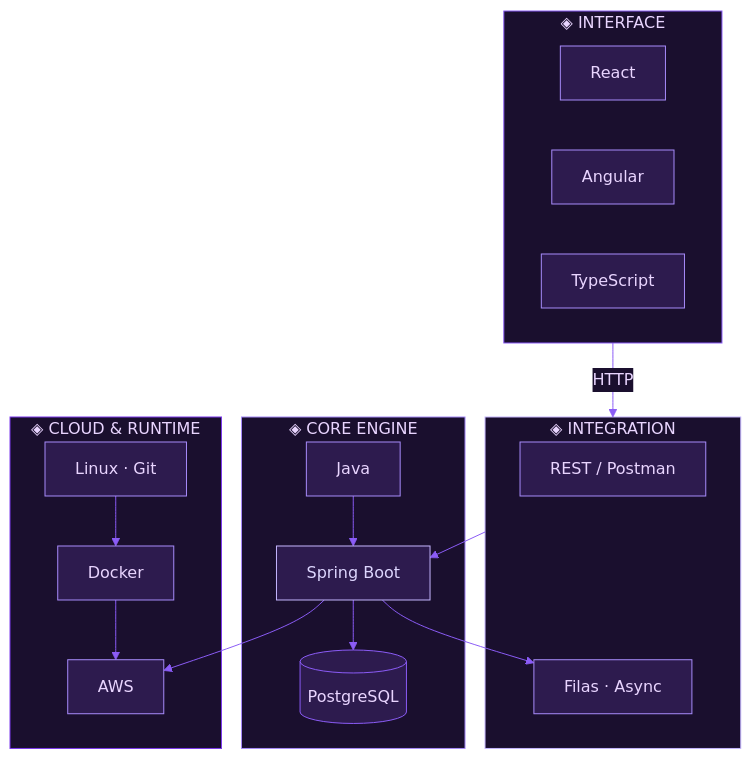
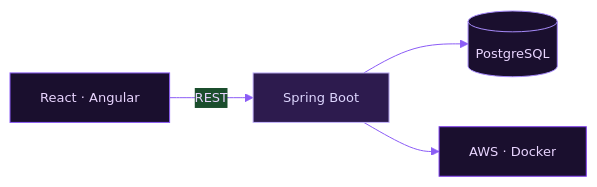
One commit to KarolDiniz/KarolDiniz changed the diagram in README.md. Above: the diagram before and after it, drawn with Mermaid. The commit also changed other lines of this file, not shown here.

````diff
--- a/README.md
+++ b/README.md
@@ -171,42 +103,11 @@
 ```mermaid
-%%{init: {'theme': 'base', 'themeVariables': { 'primaryColor': '#2d1b4e', 'primaryTextColor': '#e9d5ff', 'primaryBorderColor': '#a78bfa', 'lineColor': '#8b5cf6', 'secondaryColor': '#1a0f2e', 'tertiaryColor': '#4c1d95', 'clusterBkg': '#1a0f2e', 'clusterBorder': '#7c3aed'}}}%%
-flowchart TB
-  subgraph L4["◈ INTERFACE"]
-    R["React"]
-    A["Angular"]
-    TS["TypeScript"]
-  end
-
-  subgraph L3["◈ INTEGRATION"]
-    REST["REST / Postman"]
-    Q["Filas · Async"]
-  end
-
-  subgraph L1["◈ CORE ENGINE"]
-    SB["Spring Boot"]
-    J["Java"]
-    PG[("PostgreSQL")]
-  end
-
-  subgraph L2["◈ CLOUD & RUNTIME"]
-    AWS["AWS"]
-    DK["Docker"]
-    LX["Linux · Git"]
-  end
-
-  L4 -->|HTTP| L3
-  L3 --> SB
-  J --> SB
-  SB --> PG
-  SB --> Q
-  SB --> AWS
-  DK --> AWS
-  LX --> DK
-
-  style L1 fill:#1a0f2e,stroke:#a78bfa,color:#e9d5ff
-  style L2 fill:#1a0f2e,stroke:#7c3aed,color:#e9d5ff
-  style L3 fill:#1a0f2e,stroke:#c4b5fd,color:#e9d5ff
-  style L4 fill:#1a0f2e,stroke:#8b5cf6,color:#e9d5ff
+%%{init: {'theme': 'base', 'themeVariables': { 'primaryColor': '#2d1b4e', 'primaryTextColor': '#e9d5ff', 'primaryBorderColor': '#a78bfa', 'lineColor': '#8b5cf6', 'fontSize': '13px'}}}%%
+flowchart LR
+  UI["React · Angular"] -->|REST| SB["Spring Boot"]
+  SB --> PG[("PostgreSQL")]
+  SB --> AWS["AWS · Docker"]
+  style UI fill:#1a0f2e,stroke:#8b5cf6,color:#e9d5ff
   style SB fill:#2d1b4e,stroke:#c4b5fd,color:#ddd6fe
-  style PG fill:#2d1b4e,stroke:#8b5cf6,color:#e9d5ff
+  style PG fill:#1a0f2e,stroke:#a78bfa,color:#e9d5ff
+  style AWS fill:#1a0f2e,stroke:#7c3aed,color:#e9d5ff
 ```
````
